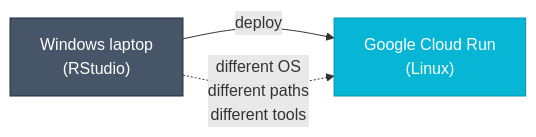
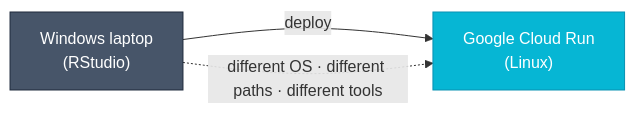
One commit to Ch3w3y/docker_gcp changed the first of 3 diagrams in docs/your-development-environment.md. Above: the diagram before and after it, drawn with Mermaid.

Commit message:
fix(docs): replace \n in Mermaid edge label with · separator

````diff
--- a/docs/your-development-environment.md
+++ b/docs/your-development-environment.md
@@ -39,10 +39,10 @@
 ```mermaid
 flowchart LR
     W["Windows laptop\n(RStudio)"]
     G["Google Cloud Run\n(Linux)"]
     W -- "deploy" --> G
-    W -.->|"different OS\ndifferent paths\ndifferent tools"| G
+    W -.->|"different OS · different paths · different tools"| G
 
     style G fill:#06b6d4,stroke:#0891b2,color:#ffffff
     style W fill:#475569,stroke:#1e293b,color:#ffffff
 ```
````
